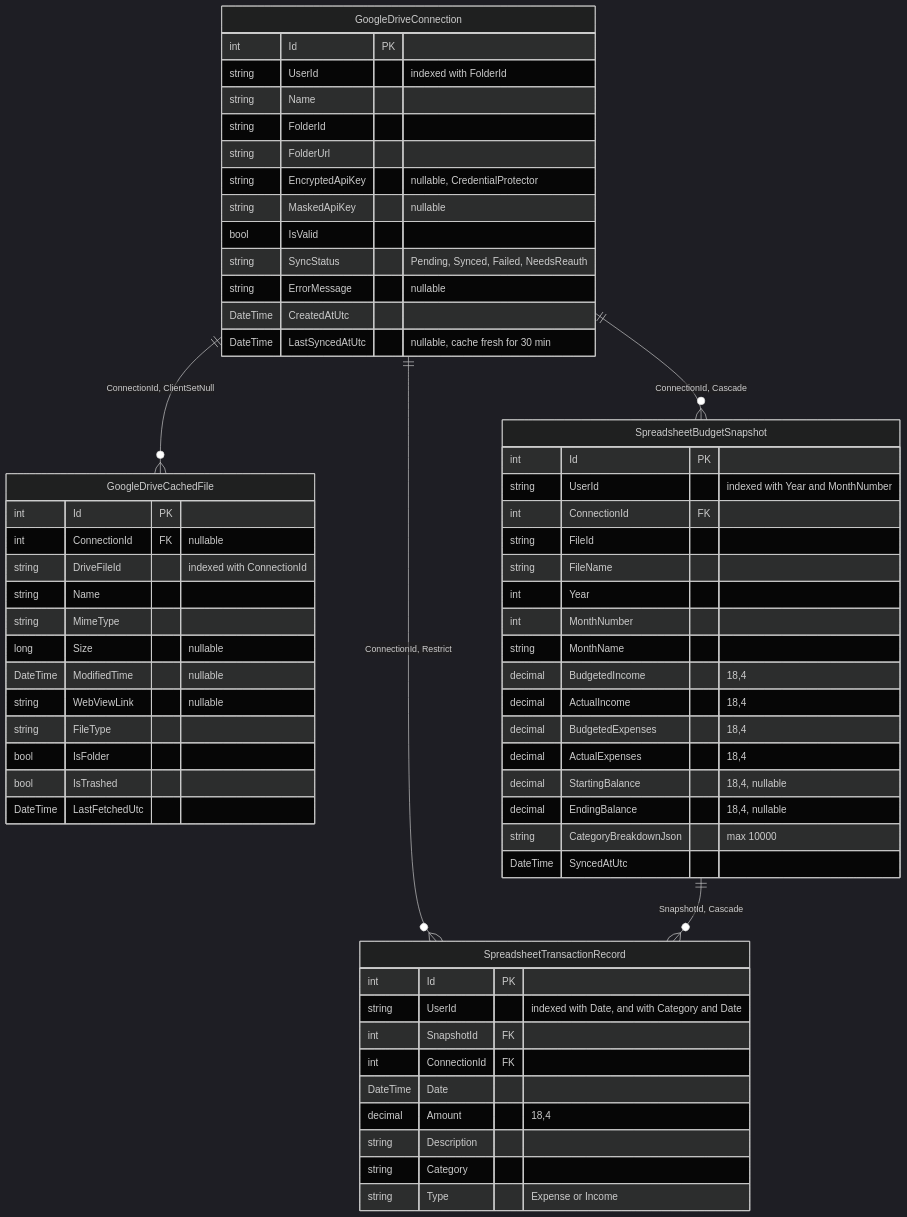
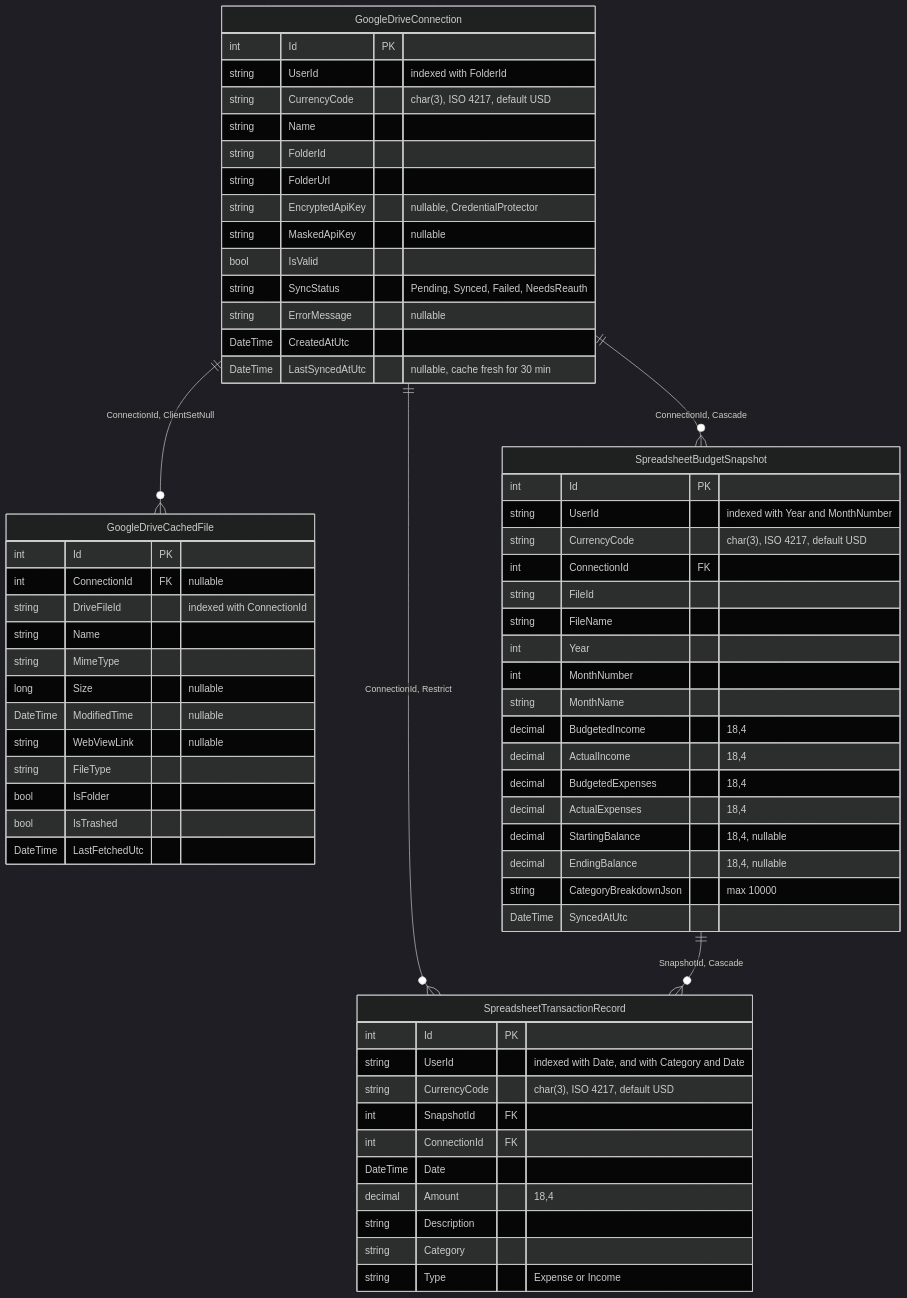
One commit to tngo0508/PersonalFinance changed the fourth of 26 diagrams in docs/DIAGRAMS.md. Above: the diagram before and after it, drawn with Mermaid (dark theme). The commit also changed other lines of this file and 68 other files, not shown here.

First line of the commit message:
feat: currency code on every money-bearing row, Reporting Currency and daily exchange rates (#410)

````diff
--- a/docs/DIAGRAMS.md
+++ b/docs/DIAGRAMS.md
@@ -331,65 +340,68 @@
 ```mermaid
 erDiagram
     GoogleDriveConnection {
         int Id PK
         string UserId "indexed with FolderId"
+        string CurrencyCode "char(3), ISO 4217, default USD"
         string Name
         string FolderId
         string FolderUrl
         string EncryptedApiKey "nullable, CredentialProtector"
         string MaskedApiKey "nullable"
         bool IsValid
         string SyncStatus "Pending, Synced, Failed, NeedsReauth"
         string ErrorMessage "nullable"
         DateTime CreatedAtUtc
         DateTime LastSyncedAtUtc "nullable, cache fresh for 30 min"
     }
     GoogleDriveCachedFile {
         int Id PK
         int ConnectionId FK "nullable"
         string DriveFileId "indexed with ConnectionId"
         string Name
         string MimeType
         long Size "nullable"
         DateTime ModifiedTime "nullable"
         string WebViewLink "nullable"
         string FileType
         bool IsFolder
         bool IsTrashed
         DateTime LastFetchedUtc
     }
     SpreadsheetBudgetSnapshot {
         int Id PK
         string UserId "indexed with Year and MonthNumber"
+        string CurrencyCode "char(3), ISO 4217, default USD"
         int ConnectionId FK
         string FileId
         string FileName
         int Year
         int MonthNumber
         string MonthName
         decimal BudgetedIncome "18,4"
         decimal ActualIncome "18,4"
         decimal BudgetedExpenses "18,4"
         decimal ActualExpenses "18,4"
         decimal StartingBalance "18,4, nullable"
         decimal EndingBalance "18,4, nullable"
         string CategoryBreakdownJson "max 10000"
         DateTime SyncedAtUtc
     }
     SpreadsheetTransactionRecord {
         int Id PK
         string UserId "indexed with Date, and with Category and Date"
+        string CurrencyCode "char(3), ISO 4217, default USD"
         int SnapshotId FK
         int ConnectionId FK
         DateTime Date
         decimal Amount "18,4"
         string Description
         string Category
         string Type "Expense or Income"
     }
 
     GoogleDriveConnection ||--o{ GoogleDriveCachedFile : "ConnectionId, ClientSetNull"
     GoogleDriveConnection ||--o{ SpreadsheetBudgetSnapshot : "ConnectionId, Cascade"
     GoogleDriveConnection ||--o{ SpreadsheetTransactionRecord : "ConnectionId, Restrict"
     SpreadsheetBudgetSnapshot ||--o{ SpreadsheetTransactionRecord : "SnapshotId, Cascade"
 ```
````
